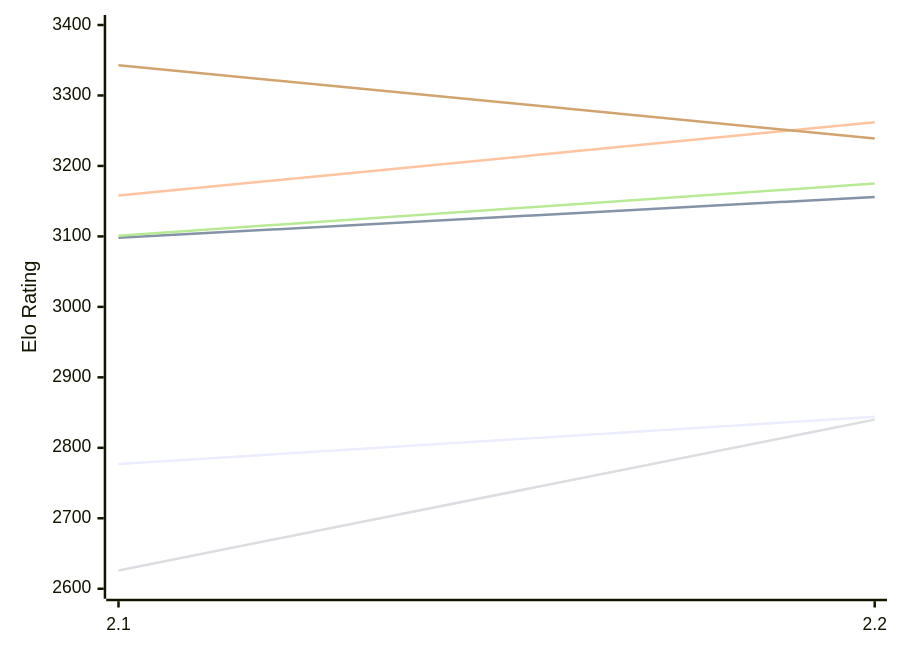
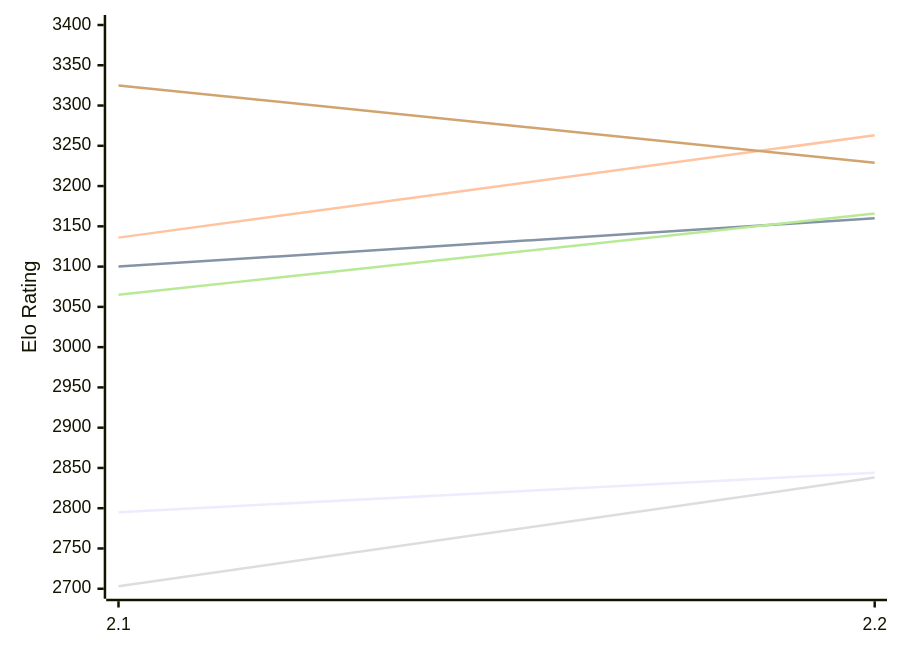
The first of 2 diagrams in engines/Tunguska.md (computer-chess-index/cci), drawn with Mermaid before and after one commit. The commit also changed other lines of this file, not shown here.

Commit message:
Update CCI Ratings (ELO VLTC) - 2026-11-15

````diff
--- a/engines/Tunguska.md
+++ b/engines/Tunguska.md
@@ -51,12 +51,12 @@
 ```mermaid
 %%{init: {"theme":"base","themeVariables":{"seriesColors:['#a3a3a3','#222221','#faa371']}}}%%
 xychart-beta
   x-axis ["2.1", "2.2"]
-  y-axis "Elo Rating" 2600 --> 3400
-  line "E1: STC (8.0+0.08s)" [2777, 2844]
-  line "E1: LTC (60.0+0.60s)" [3098, 3156]
-  line "E1: VLTC (2m24s+1.12s)" [3158, 3262]
-  line "P1: STC (8.0+0.08s)" [2626, 2840]
-  line "P1: LTC (60.0+0.60s)" [3101, 3175]
-  line "P1: VLTC (2m24s+1.12s)" [3343, 3239]
+  y-axis "Elo Rating" 2700 --> 3400
+  line "E1: STC (8.0+0.08s)" [2795, 2844]
+  line "E1: LTC (60.0+0.60s)" [3100, 3160]
+  line "E1: VLTC (2m24s+1.12s)" [3136, 3263]
+  line "P1: STC (8.0+0.08s)" [2703, 2838]
+  line "P1: LTC (60.0+0.60s)" [3065, 3166]
+  line "P1: VLTC (2m24s+1.12s)" [3325, 3229]
 ```
````
